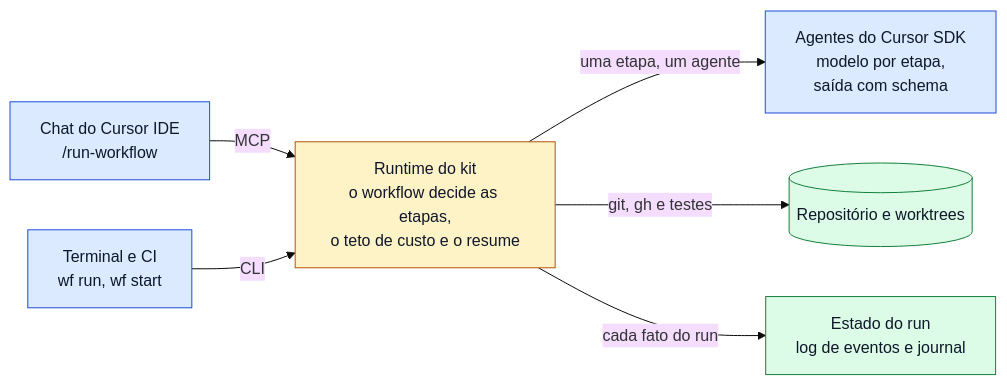
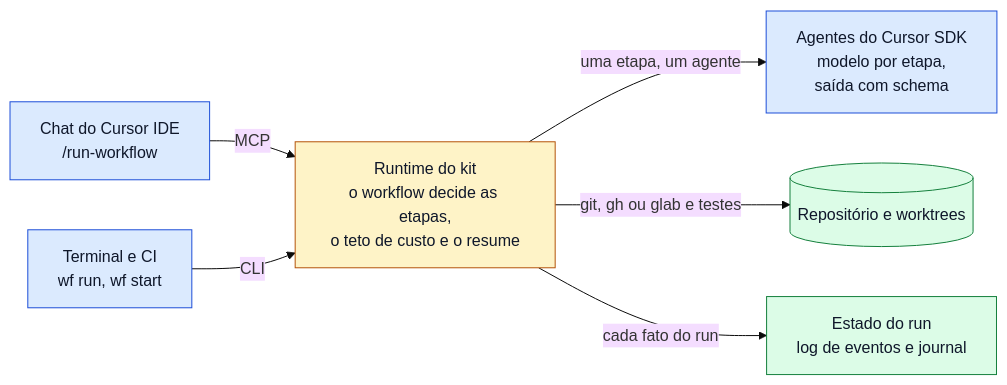
One commit to rodrigorjsf/cursor-workflows-starter changed the diagram in README.md. Above: the diagram before and after it, drawn with Mermaid (base theme). The commit also changed other lines of this file and 24 other files, not shown here.

````diff
--- a/README.md
+++ b/README.md
@@ -25,11 +25,11 @@
 ```mermaid
 flowchart LR
   CHAT["Chat do Cursor IDE<br/>/run-workflow"]:::etapa -->|MCP| RT
   TERM["Terminal e CI<br/>wf run, wf start"]:::etapa -->|CLI| RT
   RT["Runtime do kit<br/>o workflow decide as etapas,<br/>o teto de custo e o resume"]:::kit -->|"uma etapa, um agente"| AG["Agentes do Cursor SDK<br/>modelo por etapa,<br/>saída com schema"]:::etapa
-  RT -->|"git, gh e testes"| REPO[("Repositório e worktrees")]:::saida
+  RT -->|"git, gh ou glab e testes"| REPO[("Repositório e worktrees")]:::saida
   RT -->|"cada fato do run"| LOG["Estado do run<br/>log de eventos e journal"]:::saida
   classDef kit fill:#fef3c7,stroke:#b45309,color:#0f172a
   classDef etapa fill:#dbeafe,stroke:#1d4ed8,color:#0f172a
   classDef saida fill:#dcfce7,stroke:#15803d,color:#0f172a
 ```
````
